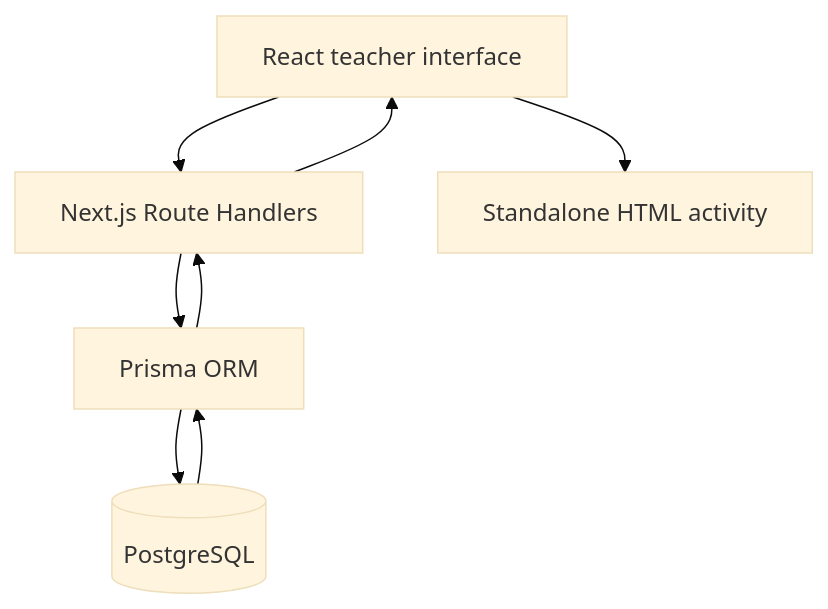
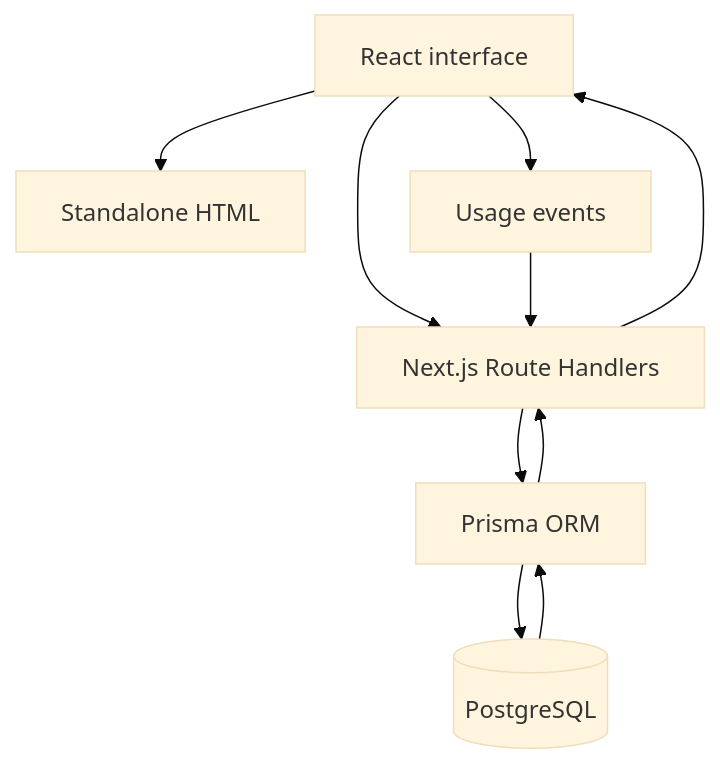
The diagram in README.md (prudra1723/phoneme-activity-builder), drawn with Mermaid (base theme) before and after one commit. The commit also changed other lines of this file, not shown here.

````diff
--- a/README.md
+++ b/README.md
@@ -53,10 +87,12 @@
 ```mermaid
 flowchart TD
-    UI[React teacher interface] --> API[Next.js Route Handlers]
+    UI[React interface] --> API[Next.js Route Handlers]
     API --> ORM[Prisma ORM]
     ORM --> DB[(PostgreSQL)]
     DB --> ORM
     ORM --> API
     API --> UI
-    UI --> HTML[Standalone HTML activity]
+    UI --> HTML[Standalone HTML]
+    UI --> EVENTS[Usage events]
+    EVENTS --> API
 ```
````
